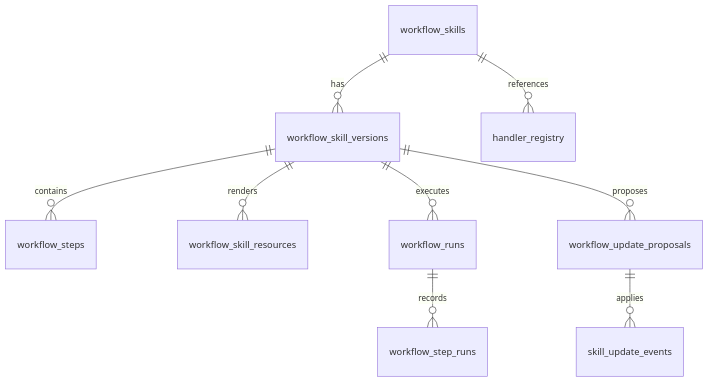
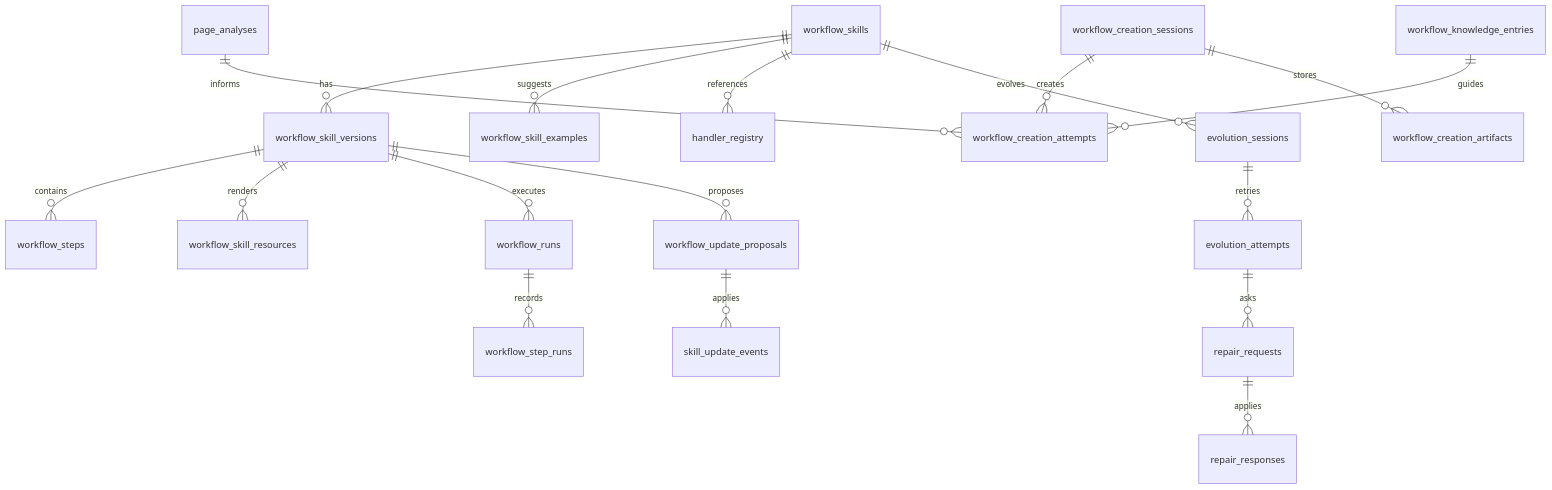
One commit to minguk-jang/spica_at_home changed the first of 6 diagrams in webmcp/docs/WORKFLOWS.md. Above: the diagram before and after it, drawn with Mermaid. The commit also changed other lines of this file and 81 other files, not shown here.

````diff
--- a/webmcp/docs/WORKFLOWS.md
+++ b/webmcp/docs/WORKFLOWS.md
@@ -9,11 +9,20 @@
 ```mermaid
 erDiagram
   workflow_skills ||--o{ workflow_skill_versions : has
   workflow_skill_versions ||--o{ workflow_steps : contains
   workflow_skill_versions ||--o{ workflow_skill_resources : renders
   workflow_skill_versions ||--o{ workflow_runs : executes
   workflow_runs ||--o{ workflow_step_runs : records
+  workflow_skills ||--o{ workflow_skill_examples : suggests
+  workflow_creation_sessions ||--o{ workflow_creation_attempts : creates
+  workflow_creation_sessions ||--o{ workflow_creation_artifacts : stores
+  page_analyses ||--o{ workflow_creation_attempts : informs
+  workflow_knowledge_entries ||--o{ workflow_creation_attempts : guides
   workflow_skills ||--o{ handler_registry : references
   workflow_skill_versions ||--o{ workflow_update_proposals : proposes
   workflow_update_proposals ||--o{ skill_update_events : applies
+  workflow_skills ||--o{ evolution_sessions : evolves
+  evolution_sessions ||--o{ evolution_attempts : retries
+  evolution_attempts ||--o{ repair_requests : asks
+  repair_requests ||--o{ repair_responses : applies
 ```
````
